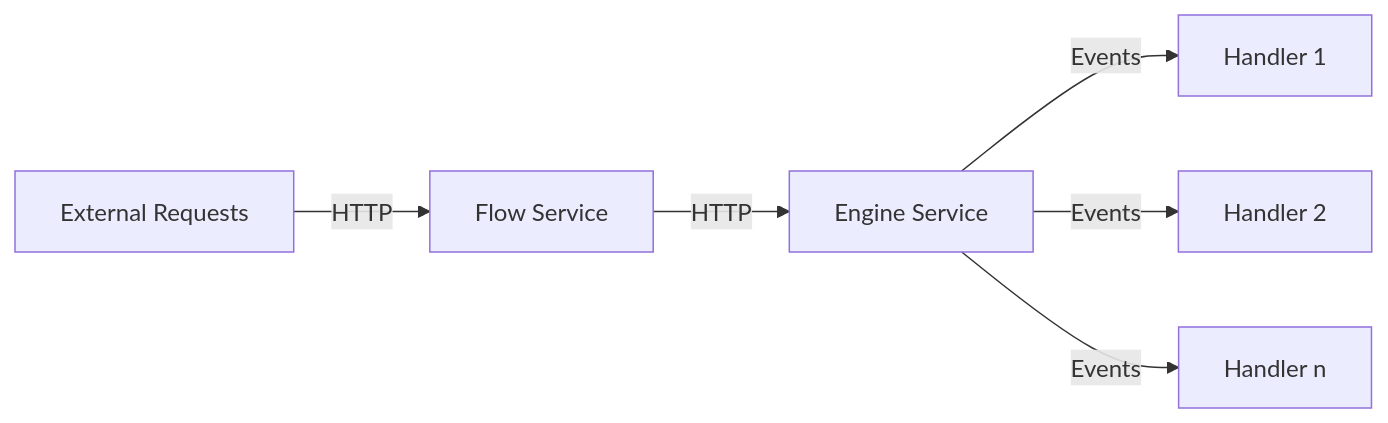
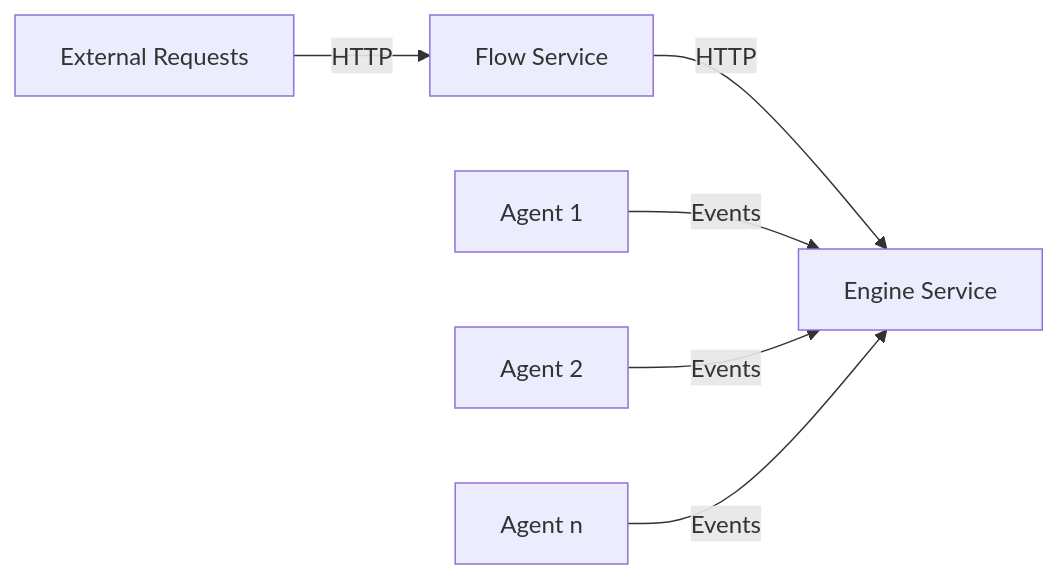
Before and after one commit to boomerang-io/flow.services: the diagram in README.md, drawn with Mermaid. The commit also changed other lines of this file and 90 other files, not shown here.

````diff
--- a/README.md
+++ b/README.md
@@ -19,8 +19,8 @@
 ```mermaid
 graph LR
     A[External Requests] -->|HTTP| B[Flow Service]
     B -->|HTTP| C[Engine Service]
-    C -->|Events| D[Handler 1]
-    C -->|Events| E[Handler 2]
-    C -->|Events| F[Handler n]
+    D[Agent 1] -->|Events| C
+    E[Agent 2] -->|Events| C
+    F[Agent n] -->|Events| C
 ```
````
